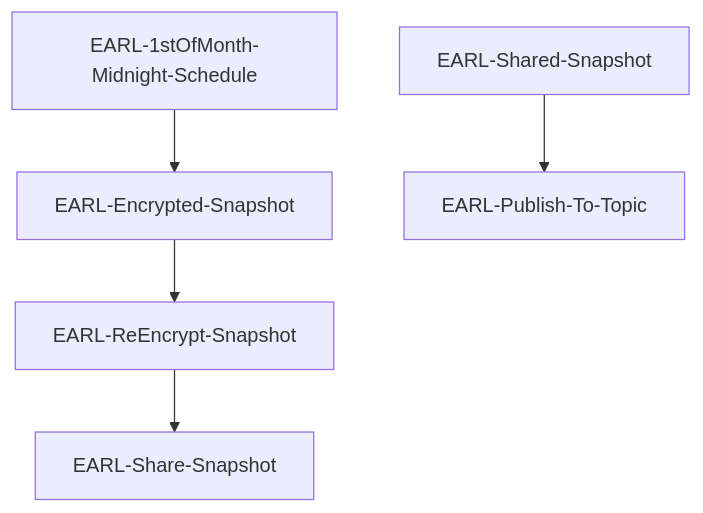
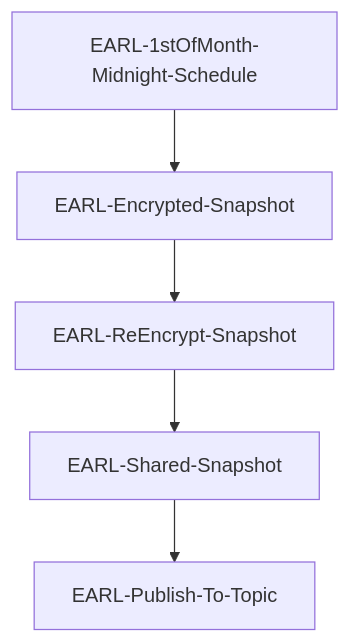
The first of 2 diagrams in README.md (madeesha/bua), drawn with Mermaid before and after one commit. The commit also changed other lines of this file, not shown here.

````diff
--- a/README.md
+++ b/README.md
@@ -13,7 +13,7 @@
 ```mermaid
 graph TD;
 EARL-1stOfMonth-Midnight-Schedule --> EARL-Encrypted-Snapshot;
 EARL-Encrypted-Snapshot --> EARL-ReEncrypt-Snapshot;
-EARL-ReEncrypt-Snapshot --> EARL-Share-Snapshot;
+EARL-ReEncrypt-Snapshot --> EARL-Shared-Snapshot;
 EARL-Shared-Snapshot --> EARL-Publish-To-Topic;
 ```
````
